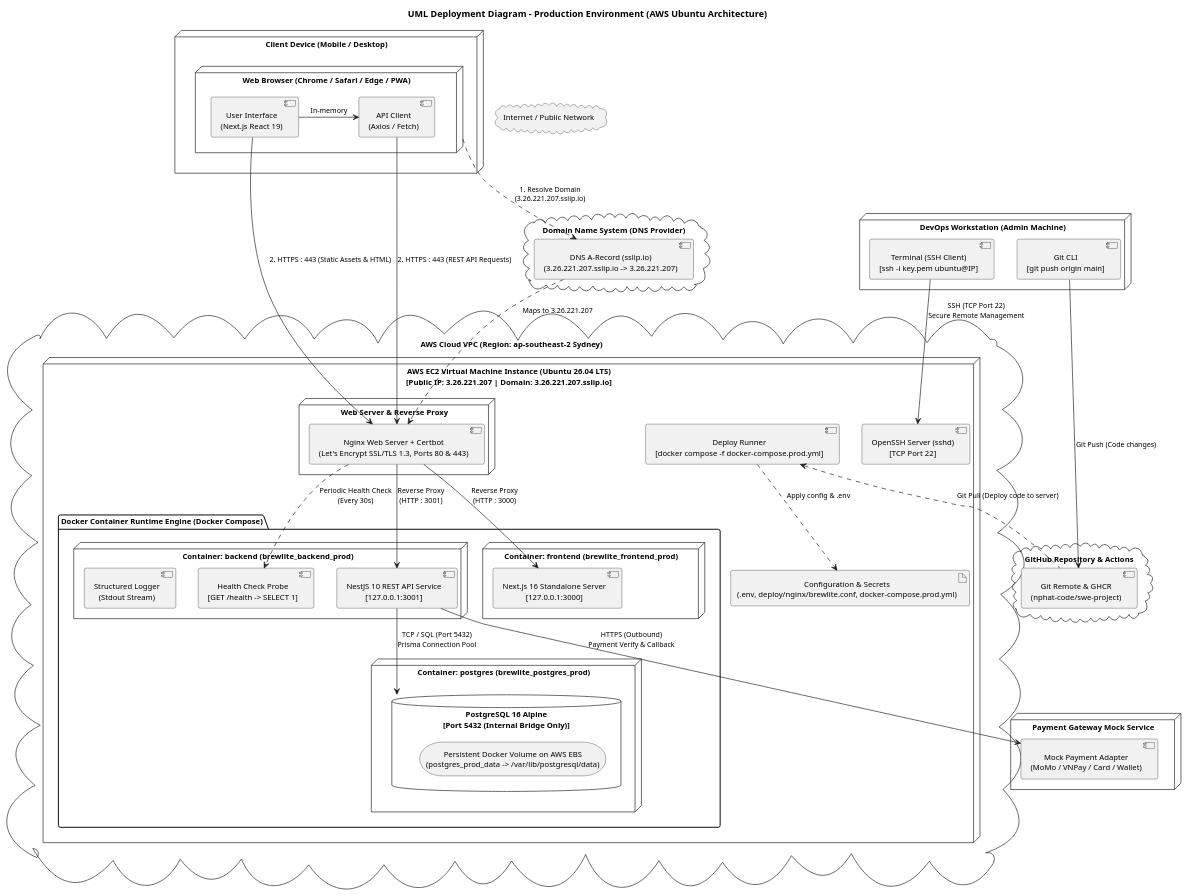
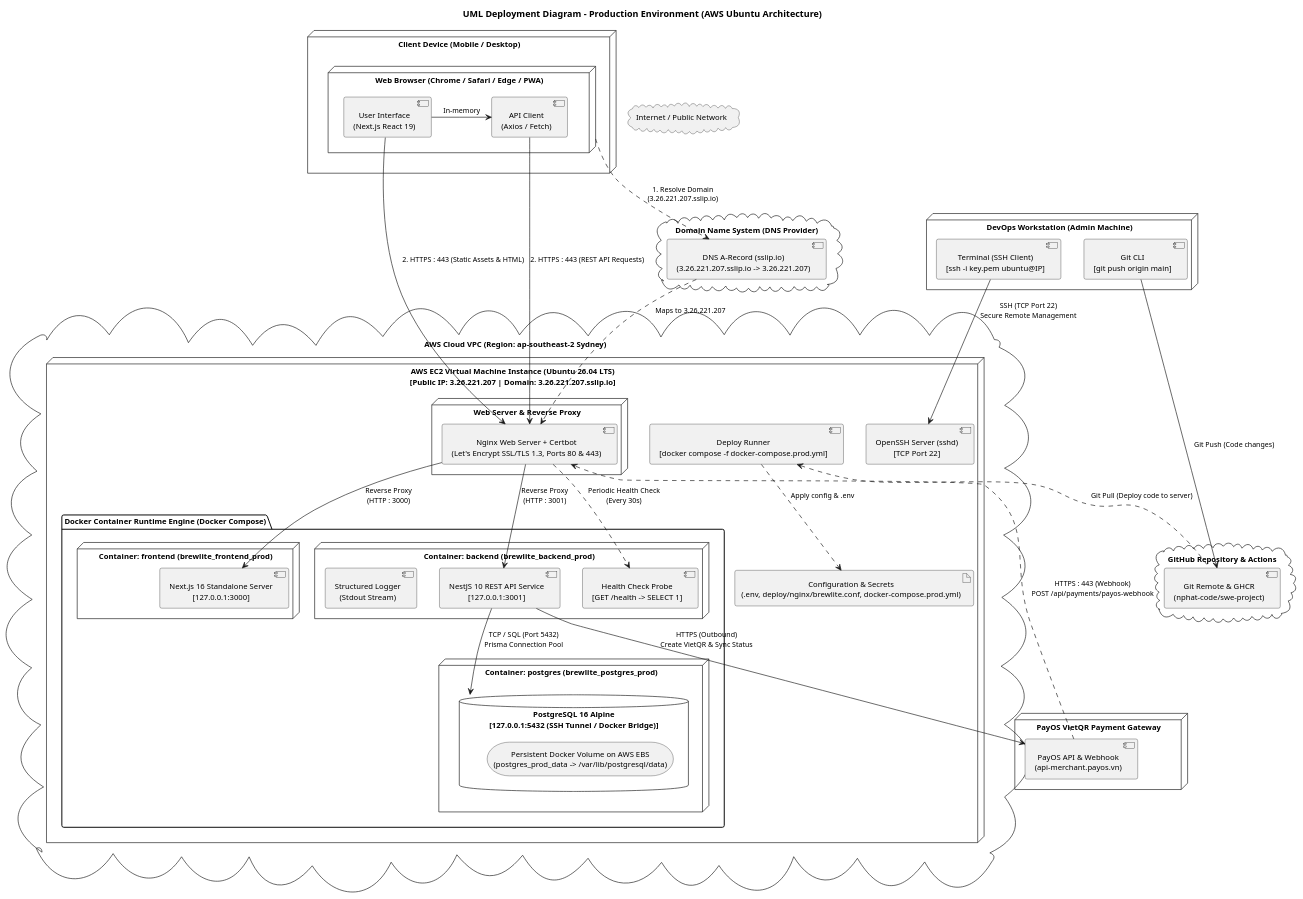
The diagram in docs/diagrams/deployment/deployment-diagram.puml (nphat-code/swe-project), drawn with PlantUML before and after one commit. The commit also changed 3 other files, not shown here.

Commit message:
docs(deployment): sync deployment diagram and PNG with PayOS VietQR webhook and SSH tunnel

```diff
--- a/docs/diagrams/deployment/deployment-diagram.puml
+++ b/docs/diagrams/deployment/deployment-diagram.puml
@@ -1,106 +1,107 @@
 @startuml deployment-diagram
 title UML Deployment Diagram - Production Environment (AWS Ubuntu Architecture)
 
 skinparam monochrome true
 skinparam shadowing false
 skinparam roundCorner 6
 skinparam defaultTextAlignment center
 skinparam defaultFontSize 12
 skinparam ArrowFontSize 11
 
 ' ====================================================
 ' 1. CLIENT TIER & DEVOPS
 ' ====================================================
 node "Client Device (Mobile / Desktop)" as clientDevice {
   node "Web Browser (Chrome / Safari / Edge / PWA)" as browser {
     component "User Interface\n(Next.js React 19)" as ui
     component "API Client\n(Axios / Fetch)" as apiClient
     ui -> apiClient : In-memory
   }
 }
 
 node "DevOps Workstation (Admin Machine)" as devopsNode {
   component "Terminal (SSH Client)\n[ssh -i key.pem ubuntu@IP]" as sshClient
   component "Git CLI\n[git push origin main]" as gitClient
 }
 
 ' ====================================================
 ' 2. EXTERNAL CLOUD SERVICES & NETWORK
 ' ====================================================
 cloud "Internet / Public Network" as internet
 
 cloud "Domain Name System (DNS Provider)" as dnsCloud {
   component "DNS A-Record (sslip.io)\n(3.26.221.207.sslip.io -> 3.26.221.207)" as dnsRecord
 }
 
 cloud "GitHub Repository & Actions" as githubCloud {
   component "Git Remote & GHCR\n(nphat-code/swe-project)" as gitRemote
 }
 
-node "Payment Gateway Mock Service" as paymentService {
-  component "Mock Payment Adapter\n(MoMo / VNPay / Card / Wallet)" as mockPay
+node "PayOS VietQR Payment Gateway" as paymentService {
+  component "PayOS API & Webhook\n(api-merchant.payos.vn)" as payosGateway
 }
 
 ' ====================================================
 ' 3. AWS CLOUD INFRASTRUCTURE (UBUNTU SERVER)
 ' ====================================================
 cloud "AWS Cloud VPC (Region: ap-southeast-2 Sydney)" as awsCloud {
 
   node "AWS EC2 Virtual Machine Instance (Ubuntu 26.04 LTS)\n[Public IP: 3.26.221.207 | Domain: 3.26.221.207.sslip.io]" as ec2Instance {
     
     component "OpenSSH Server (sshd)\n[TCP Port 22]" as sshd
     component "Deploy Runner\n[docker compose -f docker-compose.prod.yml]" as gitPull
     artifact "Configuration & Secrets\n(.env, deploy/nginx/brewlite.conf, docker-compose.prod.yml)" as appConfig
 
     node "Web Server & Reverse Proxy" as nginxNode {
       component "Nginx Web Server + Certbot\n(Let's Encrypt SSL/TLS 1.3, Ports 80 & 443)" as nginx
     }
 
     package "Docker Container Runtime Engine (Docker Compose)" as dockerEngine {
       
       node "Container: frontend (brewlite_frontend_prod)" as webContainer {
         component "Next.js 16 Standalone Server\n[127.0.0.1:3000]" as nextjsApp
       }
 
       node "Container: backend (brewlite_backend_prod)" as apiContainer {
         component "NestJS 10 REST API Service\n[127.0.0.1:3001]" as nestjsApp
         component "Health Check Probe\n[GET /health -> SELECT 1]" as healthProbe
         component "Structured Logger\n(Stdout Stream)" as logger
       }
 
       node "Container: postgres (brewlite_postgres_prod)" as dbContainer {
-        database "PostgreSQL 16 Alpine\n[Port 5432 (Internal Bridge Only)]" as pgEngine {
+        database "PostgreSQL 16 Alpine\n[127.0.0.1:5432 (SSH Tunnel / Docker Bridge)]" as pgEngine {
           storage "Persistent Docker Volume on AWS EBS\n(postgres_prod_data -> /var/lib/postgresql/data)" as ebsVolume
         }
       }
     }
   }
 }
 
 ' ====================================================
 ' 4. CONNECTORS & PROTOCOLS
 ' ====================================================
 ' DNS resolution
 browser ..> dnsRecord : 1. Resolve Domain\n(3.26.221.207.sslip.io)
 dnsRecord ..> nginx : Maps to 3.26.221.207
 
 ' User traffic to Nginx
 ui --> nginx : 2. HTTPS : 443 (Static Assets & HTML)
 apiClient --> nginx : 2. HTTPS : 443 (REST API Requests)
 
 ' DevOps connections
 gitClient --> gitRemote : Git Push (Code changes)
 gitPull <.. gitRemote : Git Pull (Deploy code to server)
 gitPull ..> appConfig : Apply config & .env
 sshClient --> sshd : SSH (TCP Port 22)\nSecure Remote Management
 
 ' Nginx Reverse Proxy routing
 nginx --> nextjsApp : Reverse Proxy\n(HTTP : 3000)
 nginx --> nestjsApp : Reverse Proxy\n(HTTP : 3001)
 nginx ..> healthProbe : Periodic Health Check\n(Every 30s)
 
 ' Database & External API
 nestjsApp --> pgEngine : TCP / SQL (Port 5432)\nPrisma Connection Pool
-nestjsApp --> mockPay : HTTPS (Outbound)\nPayment Verify & Callback
+nestjsApp --> payosGateway : HTTPS (Outbound)\nCreate VietQR & Sync Status
+payosGateway ..> nginx : HTTPS : 443 (Webhook)\nPOST /api/payments/payos-webhook
 
 @enduml
```
